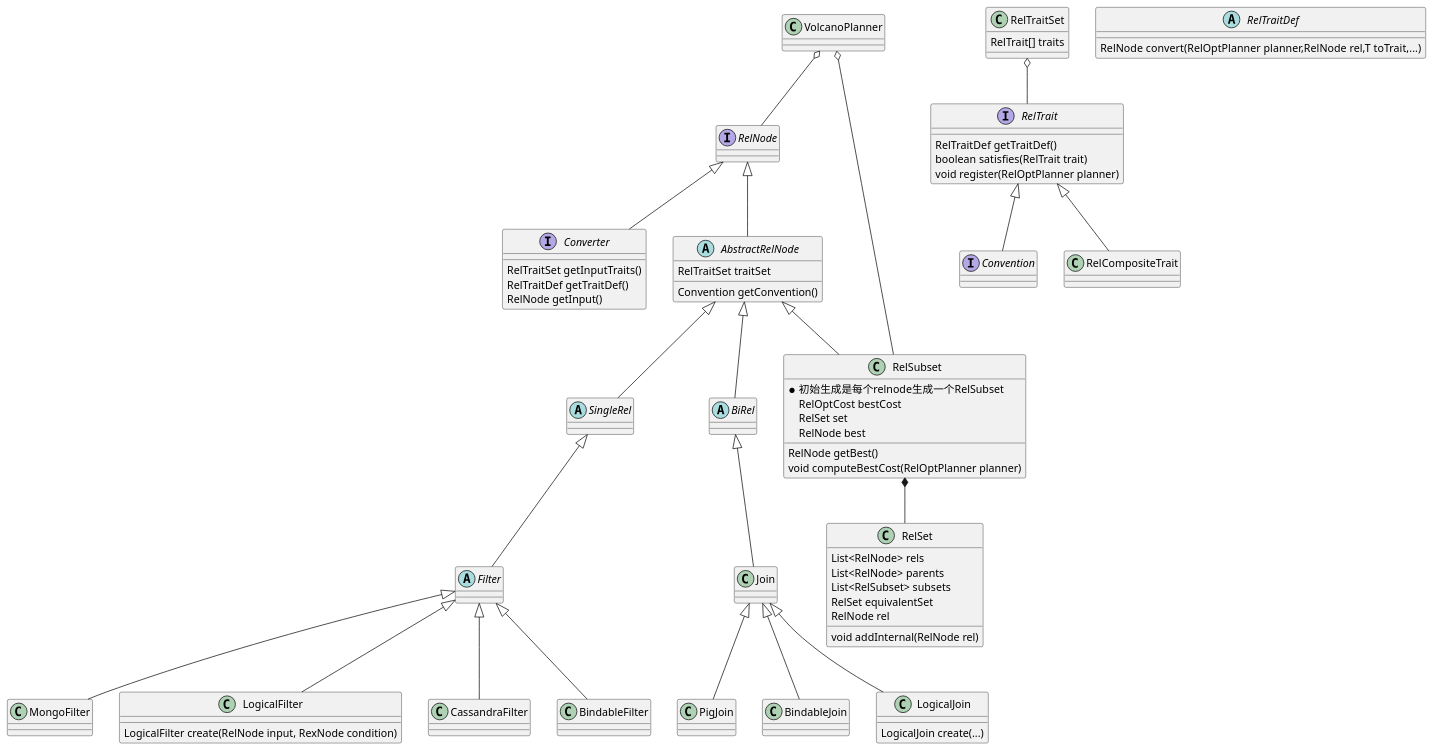
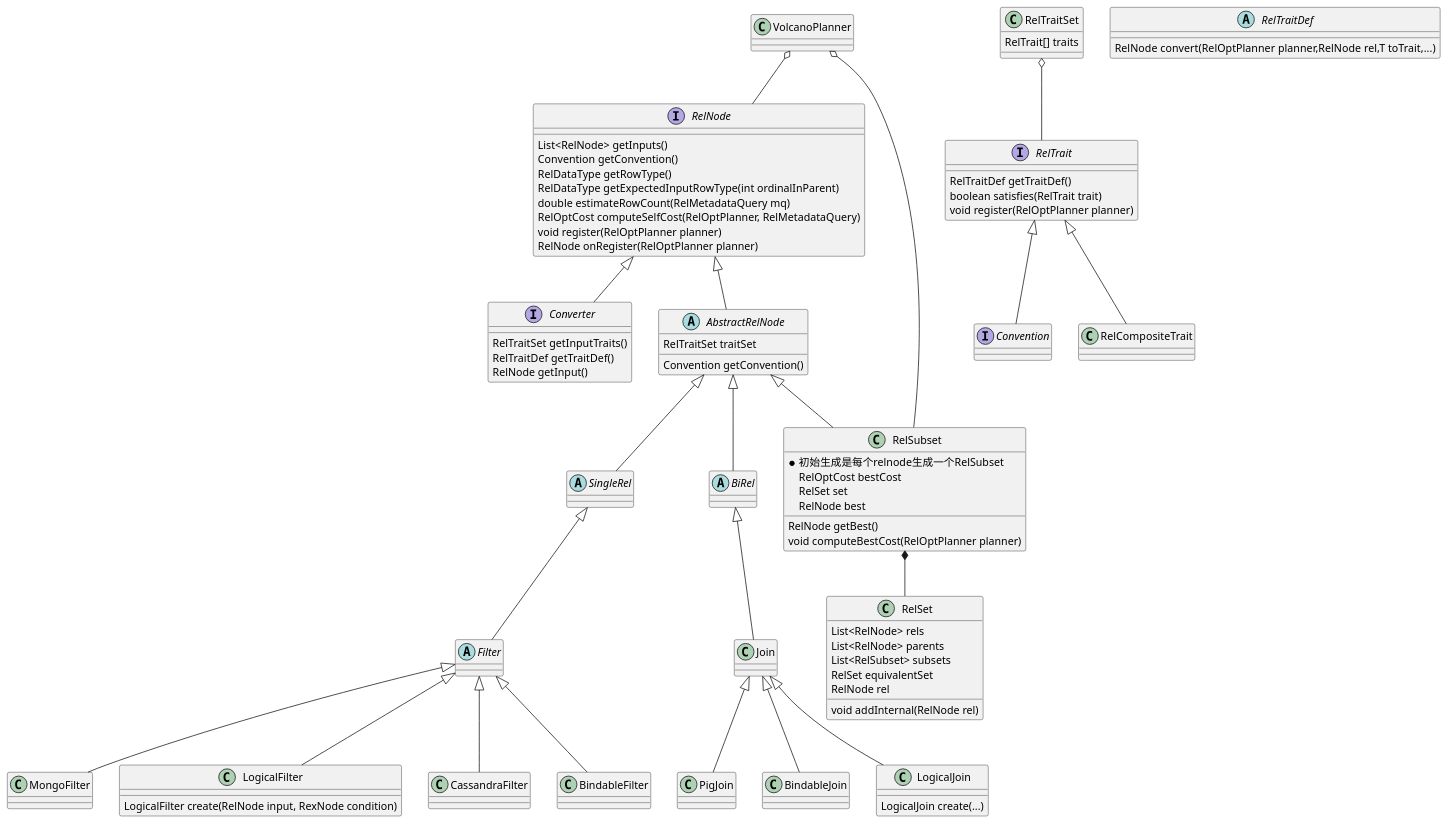
One commit to scwf/flink-hello changed the first of 3 diagrams in scwf/calcite.puml. Above: the diagram before and after it, drawn with PlantUML. The commit also changed other lines of this file, not shown here.

```diff
--- a/scwf/calcite.puml
+++ b/scwf/calcite.puml
@@ -1,89 +1,100 @@
 @startuml
 
-interface RelNode
+interface RelNode {
+List<RelNode> getInputs()
+Convention getConvention()
+RelDataType getRowType()
+RelDataType getExpectedInputRowType(int ordinalInParent)
+double estimateRowCount(RelMetadataQuery mq)
+RelOptCost computeSelfCost(RelOptPlanner, RelMetadataQuery)
+void register(RelOptPlanner planner)
+RelNode onRegister(RelOptPlanner planner)
+}
+
 interface Converter {
 RelTraitSet getInputTraits()
 RelTraitDef getTraitDef()
 RelNode getInput()
 }
+
 abstract AbstractRelNode {
 RelTraitSet traitSet
 Convention getConvention()
 }
 
 RelNode <|-- AbstractRelNode
 RelNode <|-- Converter
 
 AbstractRelNode <|-- RelSubset
 RelSubset *-- RelSet
 VolcanoPlanner o-- RelSubset
 VolcanoPlanner o-- RelNode
 
 class RelSubset {
 *初始生成是每个relnode生成一个RelSubset
 RelOptCost bestCost
 RelSet set
 RelNode best
 RelNode getBest()
 void computeBestCost(RelOptPlanner planner)
 }
 
 class RelSet {
 List<RelNode> rels
 List<RelNode> parents
 List<RelSubset> subsets
 RelSet equivalentSet
 RelNode rel
 void addInternal(RelNode rel)
 }
 
 
 AbstractRelNode <|-- SingleRel
 AbstractRelNode <|-- BiRel
 BiRel <|-- Join
 Join <|-- LogicalJoin
 Join <|-- PigJoin
 Join <|-- BindableJoin
 
 SingleRel <|-- Filter
 Filter <|-- LogicalFilter
 Filter <|-- CassandraFilter
 Filter <|-- BindableFilter
 Filter <|-- MongoFilter
 
 interface RelNode
 abstract class AbstractRelNode
 abstract class BiRel
 class Join
 class LogicalJoin {
 LogicalJoin create(...)
 }
 class PigJoin
 class BindableJoin
 
 abstract class SingleRel
 abstract class Filter
 class LogicalFilter {
 LogicalFilter create(RelNode input, RexNode condition)
 }
 class CassandraFilter
 class BindableFilter
 class MongoFilter
 
 RelTraitSet o-- RelTrait
 RelTrait <|-- Convention
 RelTrait <|-- RelCompositeTrait
 interface RelTrait {
 RelTraitDef getTraitDef()
 boolean satisfies(RelTrait trait)
 void register(RelOptPlanner planner)
 }
 interface Convention
 class RelTraitSet {
 RelTrait[] traits
 }
 abstract class RelTraitDef {
 RelNode convert(RelOptPlanner planner,RelNode rel,T toTrait,...)
 }
 
 @enduml
```
